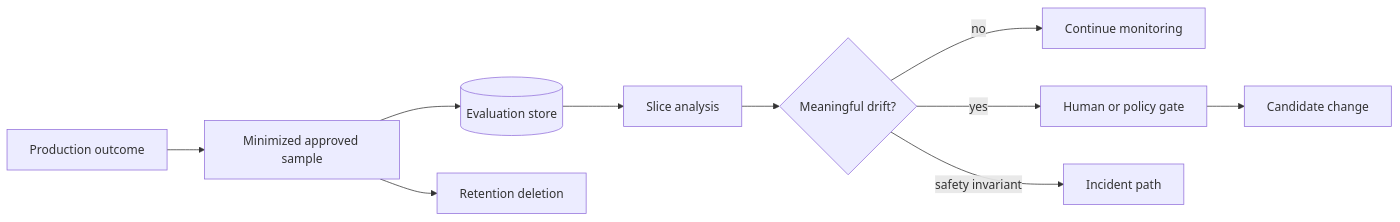
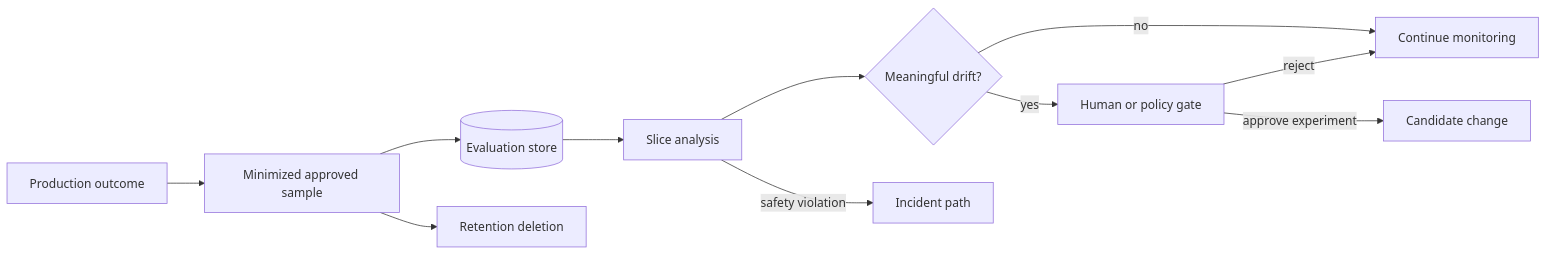
The first of 3 diagrams in modules/08-scale-economics-lifecycle/chapters/35-continuous-improvement.md (VikrantSingh01/Agentic_System_Design), drawn with Mermaid before and after one commit. The commit also changed other lines of this file and 2 other files, not shown here.

Commit message:
Improve Module 8 diagram accessibility

````diff
--- a/modules/08-scale-economics-lifecycle/chapters/35-continuous-improvement.md
+++ b/modules/08-scale-economics-lifecycle/chapters/35-continuous-improvement.md
@@ -60,12 +60,13 @@
 ```mermaid
 flowchart LR
     P[Production outcome] --> S[Minimized approved sample]
     S --> E[(Evaluation store)]
     E --> A[Slice analysis]
     A --> D{Meaningful drift?}
     D -->|no| M[Continue monitoring]
     D -->|yes| G[Human or policy gate]
-    G --> C[Candidate change]
+    G -->|approve experiment| C[Candidate change]
+    G -->|reject| M
     S --> X[Retention deletion]
-    D -->|safety invariant| I[Incident path]
+    A -->|safety violation| I[Incident path]
 ```
````
